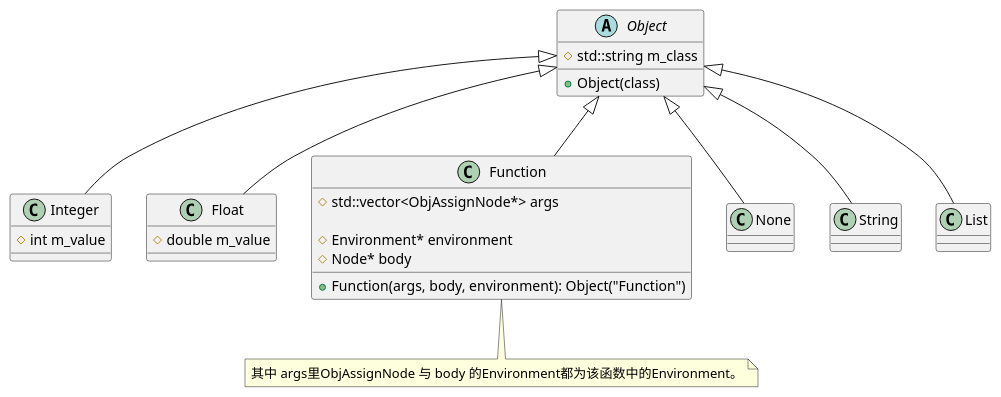
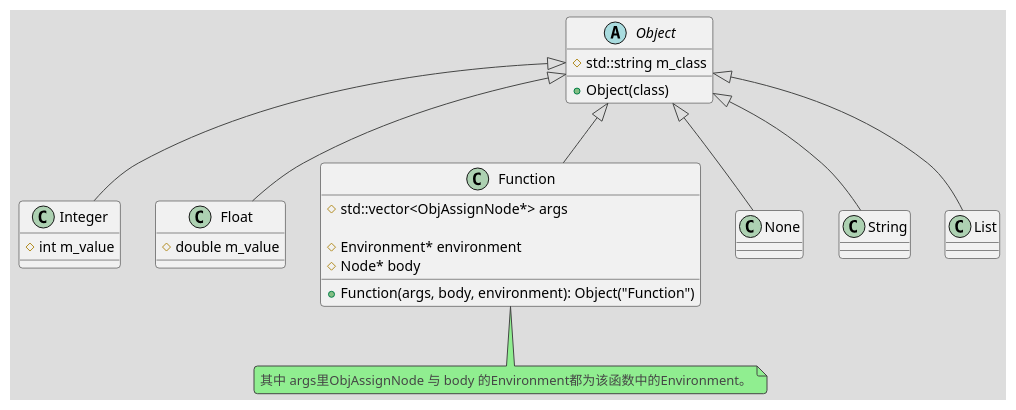
Before and after one commit to hereismg/Hydrogen: the diagram in doc/uml/object.puml, drawn with PlantUML. The commit also changed 2 other files, not shown here.

Commit message:
新增uml图

```diff
--- a/doc/uml/object.puml
+++ b/doc/uml/object.puml
@@ -1,34 +1,35 @@
 @startuml
 'https://plantuml.com/class-diagram
+!theme toy
 
 abstract class Object{
     # std::string m_class
 
     + Object(class)
 }
 class Integer{
     # int m_value
 }
 class Float{
     # double m_value
 }
 class Function{
     # std::vector<ObjAssignNode*> args
 
     # Environment* environment
     # Node* body
 
     + Function(args, body, environment): Object("Function")
 }
 note bottom: 其中 args里ObjAssignNode 与 body 的Environment都为该函数中的Environment。
 
 class None
 
 Object <|-- Integer
 Object <|-- Float
 Object <|-- Function
 Object <|-- String
 Object <|-- List
 Object <|-- None
 
 @enduml
```
